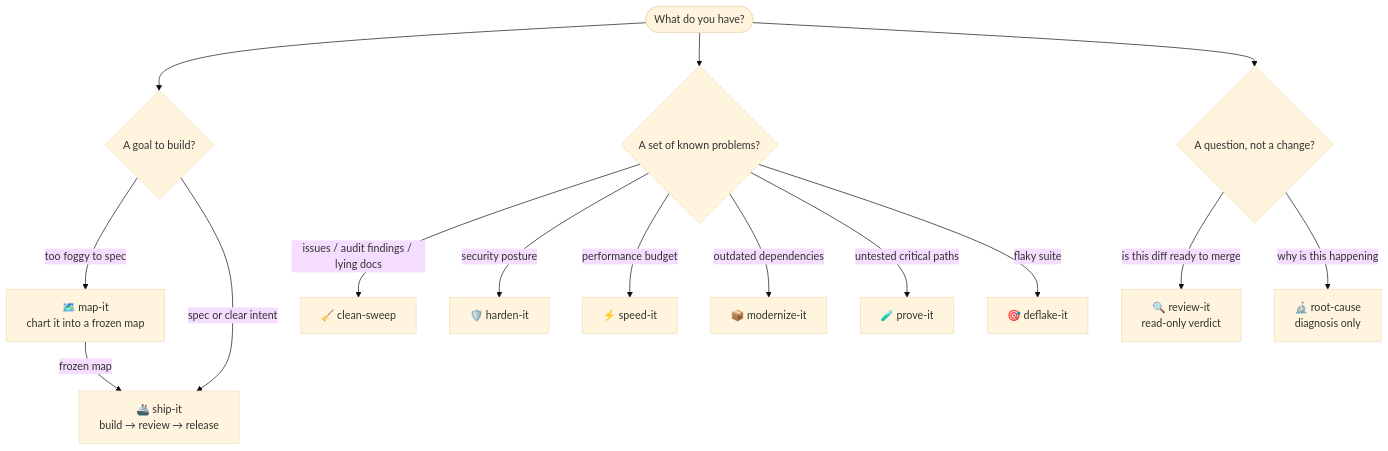
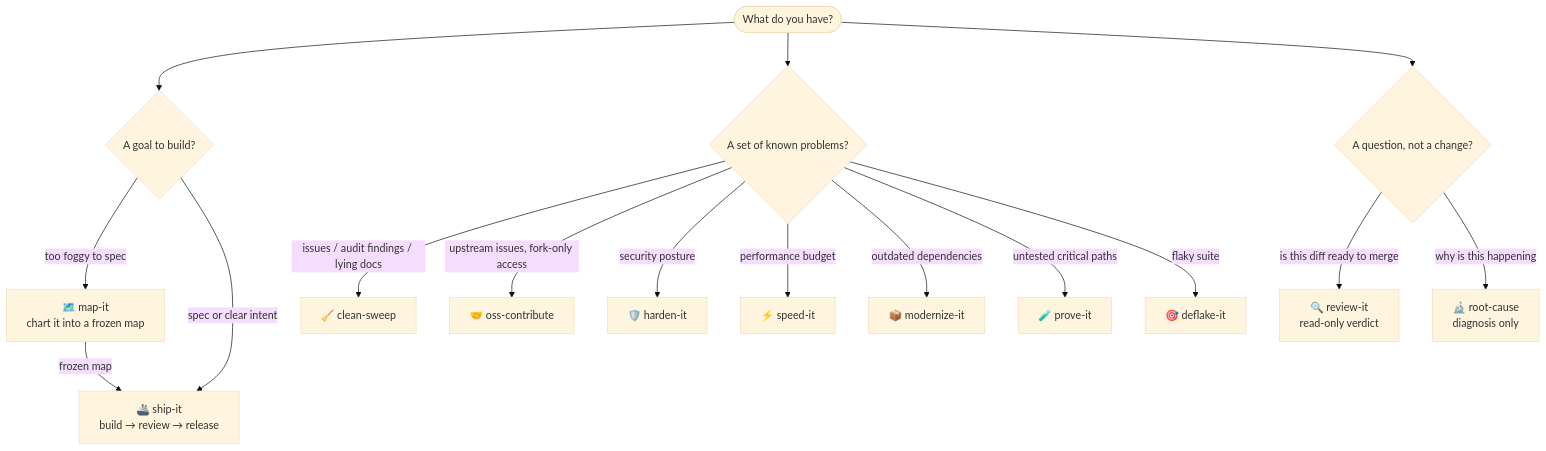
Before and after one commit to ravidsrk/orca-fleet: the first of 3 diagrams in README.md, drawn with Mermaid (base theme). The commit also changed other lines of this file and 2 other files, not shown here.

First line of the commit message:
fix(assets): mission-map gains oss-contribute; mermaid source and alts follow

````diff
--- a/README.md
+++ b/README.md
@@ -128,17 +128,18 @@
 ```mermaid
 flowchart TD
     S([What do you have?]) --> A{A goal to build?}
     A -->|too foggy to spec| MAP[🗺️ map-it<br/>chart it into a frozen map]
     A -->|spec or clear intent| SHIP[🚢 ship-it<br/>build → review → release]
     MAP -->|frozen map| SHIP
     S --> B{A set of known problems?}
     B -->|issues / audit findings / lying docs| SWEEP[🧹 clean-sweep]
+    B -->|upstream issues, fork-only access| OSS[🤝 oss-contribute]
     B -->|security posture| HARD[🛡️ harden-it]
     B -->|performance budget| SPEED[⚡ speed-it]
     B -->|outdated dependencies| MOD[📦 modernize-it]
     B -->|untested critical paths| PROVE[🧪 prove-it]
     B -->|flaky suite| FLAKE[🎯 deflake-it]
     S --> C{A question, not a change?}
     C -->|is this diff ready to merge| REV[🔍 review-it<br/>read-only verdict]
     C -->|why is this happening| RC[🔬 root-cause<br/>diagnosis only]
 ```
````
